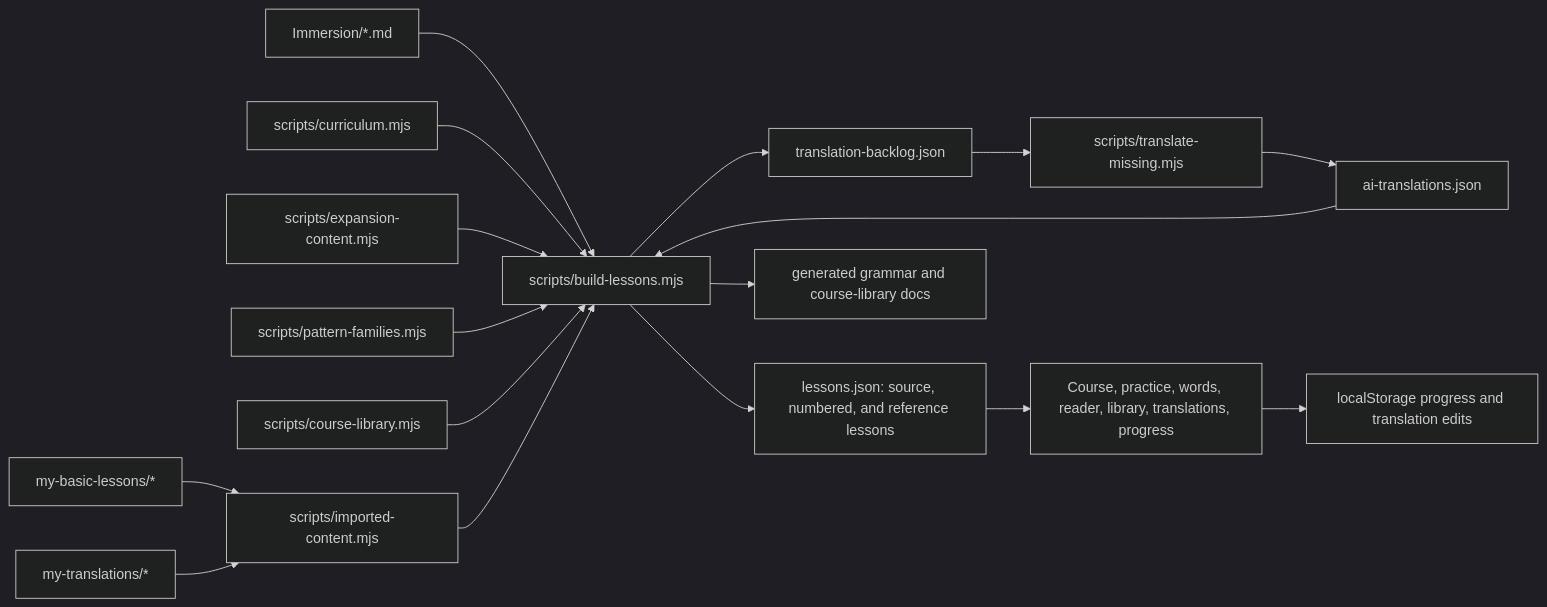
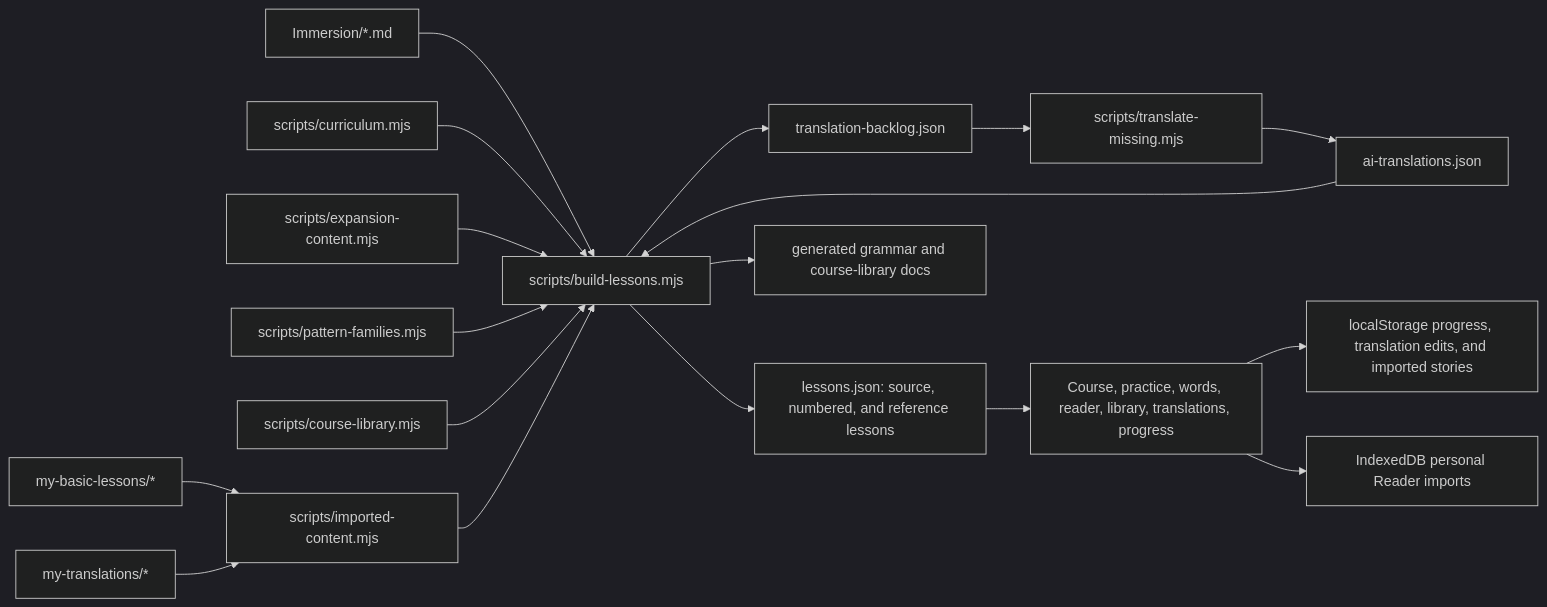
One commit to vaughnshaun/vaughnshaun.github.io changed the first of 3 diagrams in sinhala/app/docs/architecture.md. Above: the diagram before and after it, drawn with Mermaid (dark theme). The commit also changed other lines of this file and 12 other files, not shown here.

````diff
--- a/sinhala/app/docs/architecture.md
+++ b/sinhala/app/docs/architecture.md
@@ -53,19 +55,20 @@
 ```mermaid
 flowchart LR
   A["Immersion/*.md"] --> B["scripts/build-lessons.mjs"]
   A2["my-basic-lessons/*"] --> M["scripts/imported-content.mjs"]
   A3["my-translations/*"] --> M
   I["scripts/curriculum.mjs"] --> B
   J["scripts/expansion-content.mjs"] --> B
   P["scripts/pattern-families.mjs"] --> B
   K["scripts/course-library.mjs"] --> B
   M --> B
   B --> C["translation-backlog.json"]
   C --> D["scripts/translate-missing.mjs"]
   D --> E["ai-translations.json"]
   E --> B
   B --> F["lessons.json: source, numbered, and reference lessons"]
   B --> R["generated grammar and course-library docs"]
   F --> G["Course, practice, words, reader, library, translations, progress"]
-  G --> H["localStorage progress and translation edits"]
+  G --> H["localStorage progress, translation edits, and imported stories"]
+  G --> H2["IndexedDB personal Reader imports"]
 ```
````
